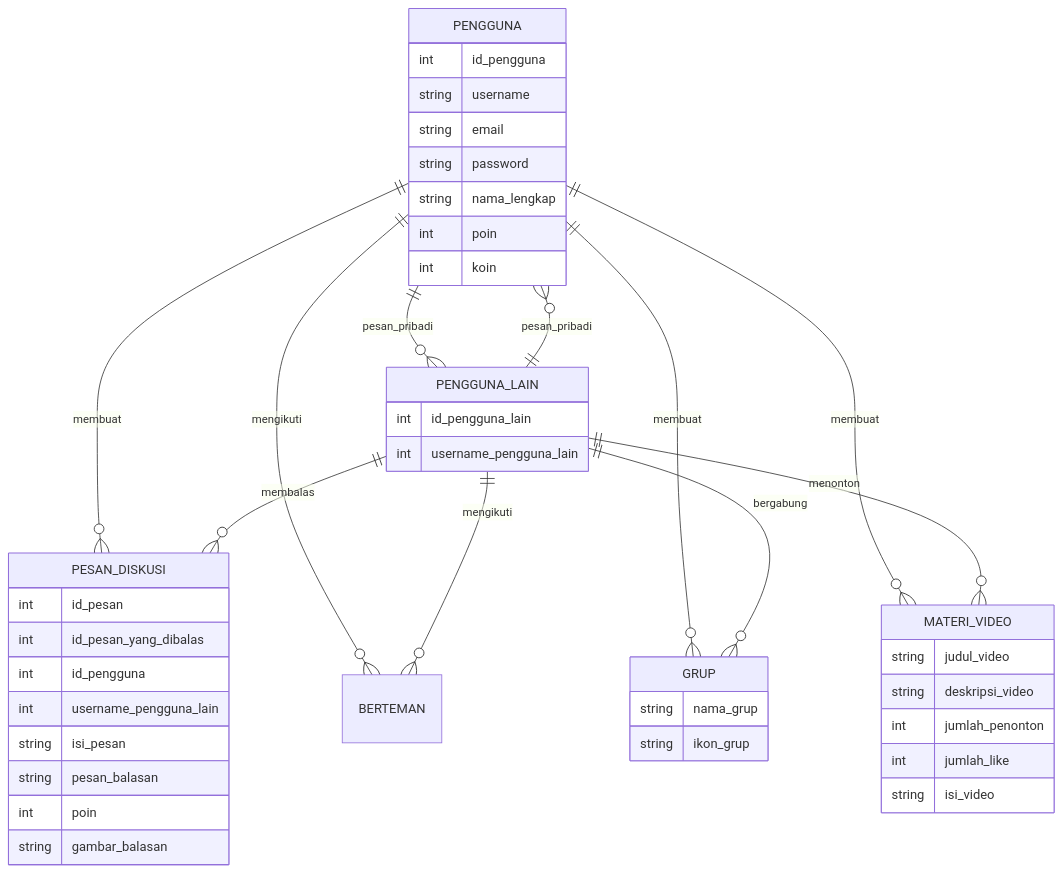
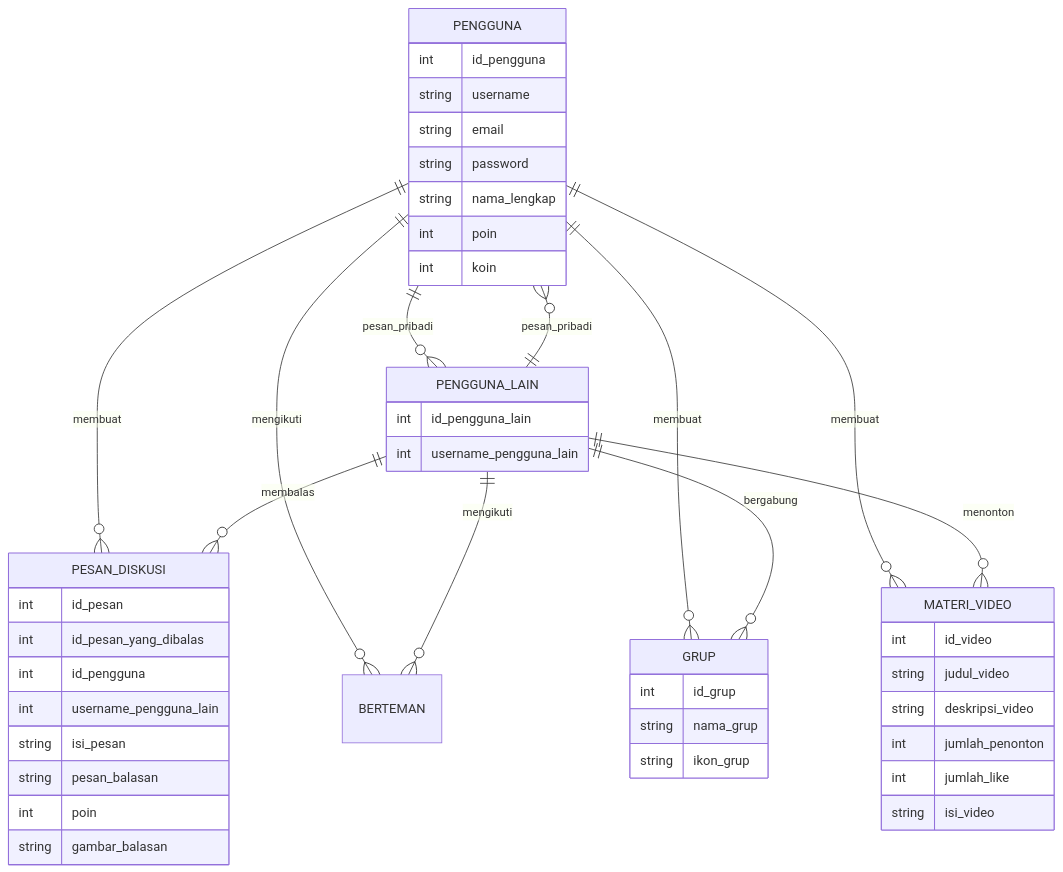
Before and after one commit to fahrizap/Kodein: the diagram in job interview.MD, drawn with Mermaid.

Commit message:
Update job interview.MD

````diff
--- a/job interview.MD
+++ b/job interview.MD
@@ -20,49 +20,50 @@
 ```mermaid
 erDiagram
 
   PENGGUNA {
     int id_pengguna
     string username
     string email
     string password
     string nama_lengkap
     int poin
     int koin
   }
   PENGGUNA ||--o{ PESAN_DISKUSI : membuat
   PENGGUNA ||--o{ BERTEMAN : mengikuti
   PENGGUNA ||--o{ PENGGUNA_LAIN : pesan_pribadi
   PENGGUNA ||--o{ GRUP : membuat
   PENGGUNA ||--o{ MATERI_VIDEO : membuat
   PESAN_DISKUSI {
     int id_pesan
     int id_pesan_yang_dibalas
     int id_pengguna 
     int username_pengguna_lain
     string isi_pesan
     string pesan_balasan
     int poin
     string gambar_balasan
   }
   PENGGUNA_LAIN {
     int id_pengguna_lain
     int username_pengguna_lain
   }
   PENGGUNA_LAIN ||--o{ PESAN_DISKUSI : membalas
   PENGGUNA_LAIN ||--o{ BERTEMAN : mengikuti
   PENGGUNA_LAIN ||--o{ PENGGUNA : pesan_pribadi
   PENGGUNA_LAIN ||--o{ GRUP : bergabung
   PENGGUNA_LAIN ||--o{ MATERI_VIDEO : menonton
-  
   GRUP {
-  string nama_grup
-  string ikon_grup
+    int id_grup
+    string nama_grup
+    string ikon_grup
   }
   MATERI_VIDEO {
-  string judul_video
-  string deskripsi_video
-  int jumlah_penonton
-  int jumlah_like
-  string isi_video
+    int id_video
+    string judul_video
+    string deskripsi_video
+    int jumlah_penonton
+    int jumlah_like
+    string isi_video
   }
 ```
````
